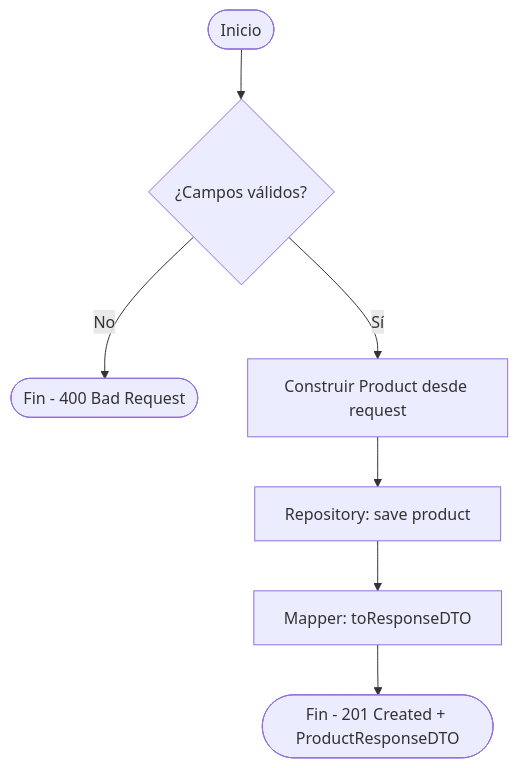
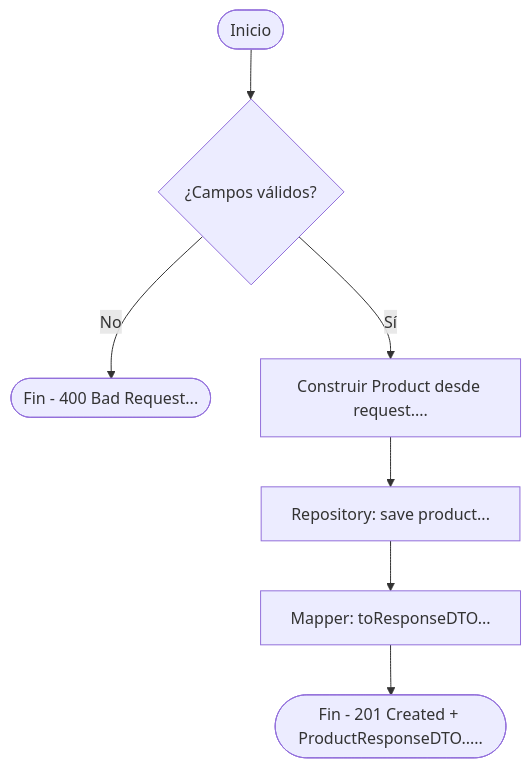
The diagram in docs/system-flows/products/flow-create-product.md (dazayamil/Sales-Management-API), drawn with Mermaid before and after one commit. The commit also changed 5 other files, not shown here.

````diff
--- a/docs/system-flows/products/flow-create-product.md
+++ b/docs/system-flows/products/flow-create-product.md
@@ -3,9 +3,9 @@
 ```mermaid
 flowchart TD
     A([Inicio]) --> B{¿Campos válidos?}
-    B -->|No| C([Fin - 400 Bad Request])
-    B -->|Sí| D[Construir Product desde request]
-    D --> E[Repository: save product]
-    E --> F[Mapper: toResponseDTO]
-    F --> G([Fin - 201 Created + ProductResponseDTO])
+    B -->|No| C([Fin - 400 Bad Request...])
+    B -->|Sí| D[Construir Product desde request....]
+    D --> E[Repository: save product...]
+    E --> F[Mapper: toResponseDTO...]
+    F --> G([Fin - 201 Created + ProductResponseDTO.....])
 ```
````
